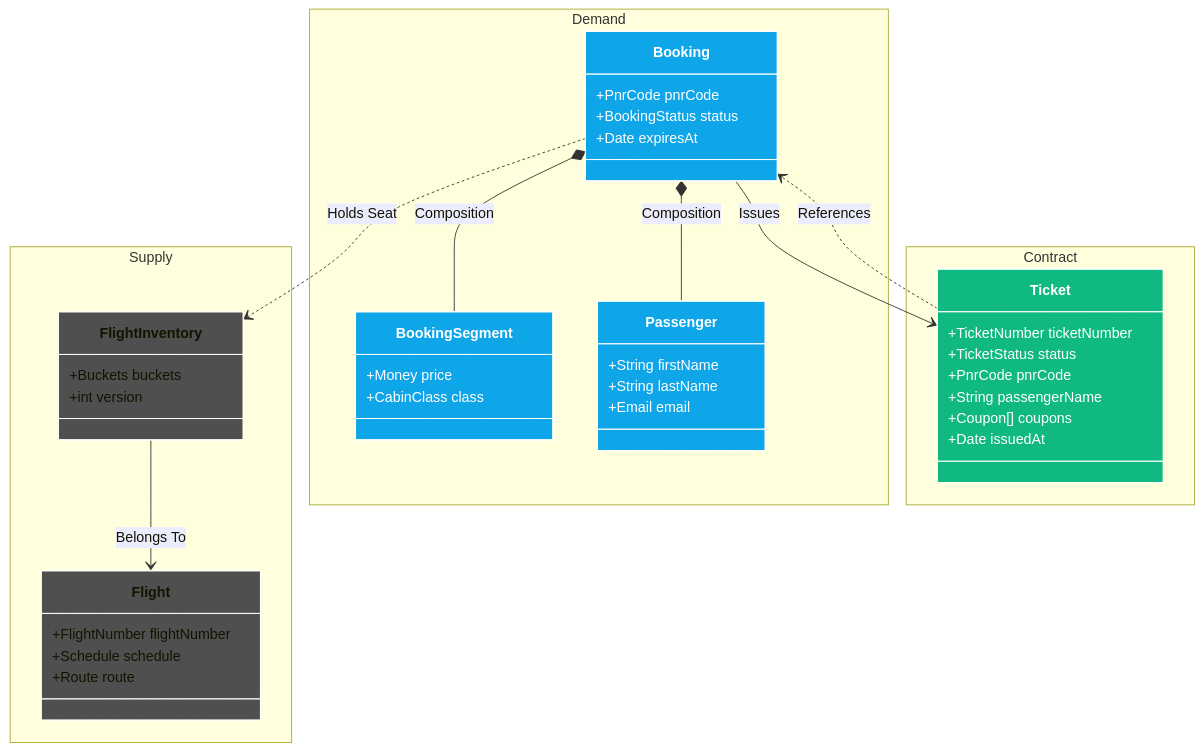
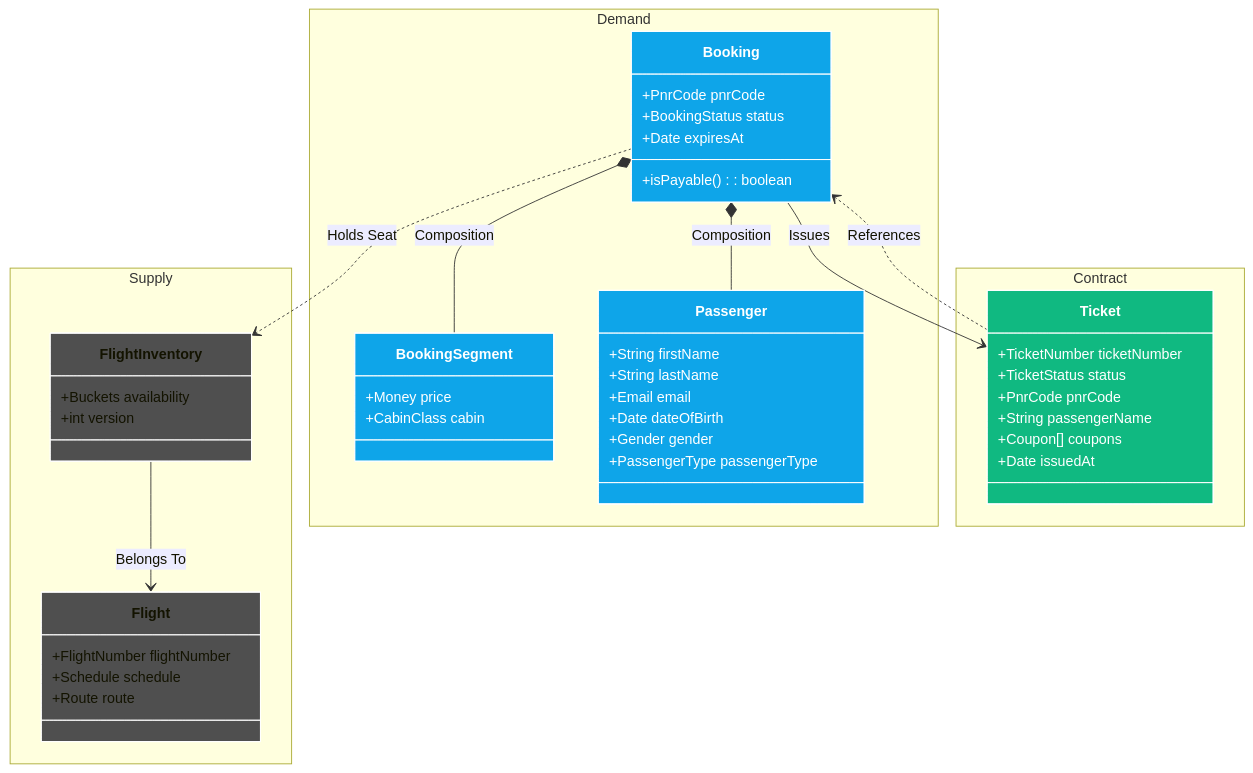
One commit to bakate/avionics changed the diagram in README.md. Above: the diagram before and after it, drawn with Mermaid. The commit also changed 3 other files, not shown here.

````diff
--- a/README.md
+++ b/README.md
@@ -22,63 +22,67 @@
 ```mermaid
 classDiagram
     namespace Supply {
         class Flight {
             +FlightNumber flightNumber
             +Schedule schedule
             +Route route
         }
 
         class FlightInventory {
-            +Buckets buckets
+            +Buckets availability
             +int version
         }
     }
 
     namespace Demand {
         class Booking {
             +PnrCode pnrCode
             +BookingStatus status
             +Date expiresAt
+            +isPayable(): boolean
         }
 
         class BookingSegment {
             +Money price
-            +CabinClass class
+            +CabinClass cabin
         }
 
         class Passenger {
             +String firstName
             +String lastName
             +Email email
+            +Date dateOfBirth
+            +Gender gender
+            +PassengerType passengerType
         }
     }
 
     namespace Contract {
         class Ticket {
             +TicketNumber ticketNumber
             +TicketStatus status
             +PnrCode pnrCode
             +String passengerName
             +Coupon[] coupons
             +Date issuedAt
         }
     }
 
     %% Relationships
     FlightInventory --> Flight : Belongs To
     Booking ..> FlightInventory : Holds Seat
     Booking --> Ticket : Issues
 
     Booking *-- BookingSegment : Composition
     Booking *-- Passenger : Composition
 
     Ticket ..> Booking : References
 
     %% Styling
     style Flight fill:#4f4f4f,stroke:#fff
     style FlightInventory fill:#4f4f4f,stroke:#fff
     style Booking fill:#0ea5e9,stroke:#fff,color:#fff
     style BookingSegment fill:#0ea5e9,stroke:#fff,color:#fff
     style Passenger fill:#0ea5e9,stroke:#fff,color:#fff
     style Ticket fill:#10b981,stroke:#fff,color:#fff
 ```
````
